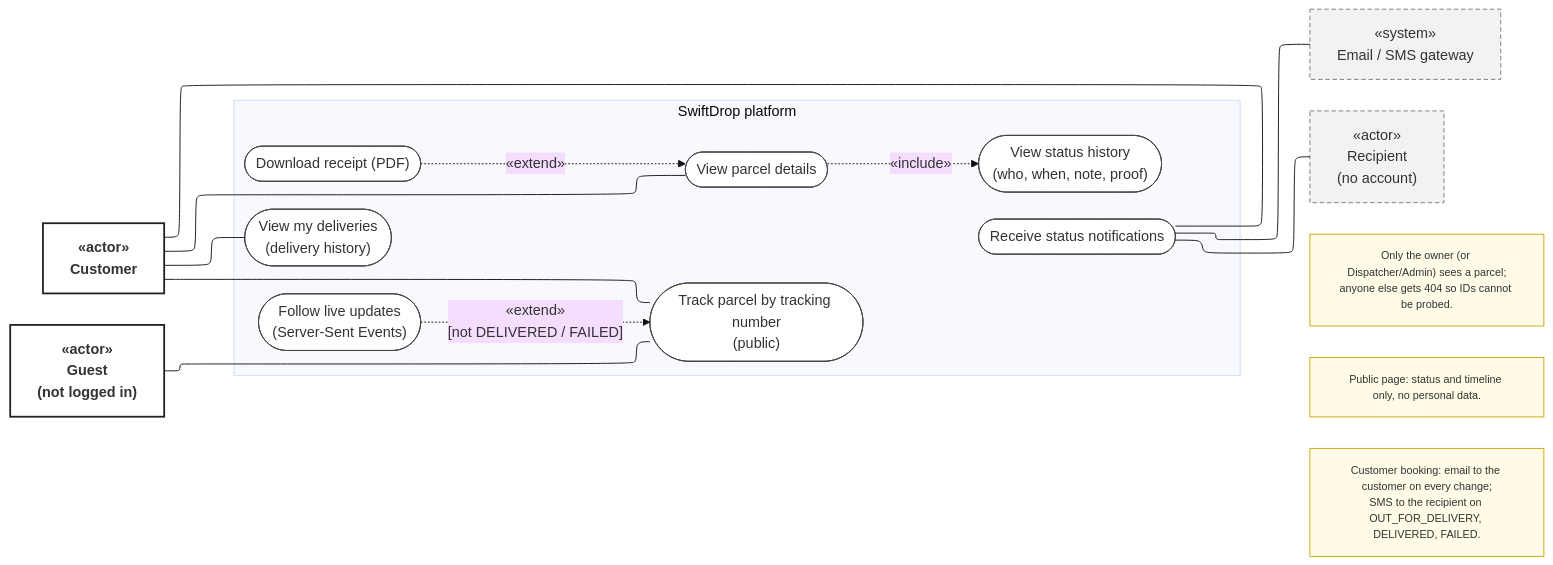
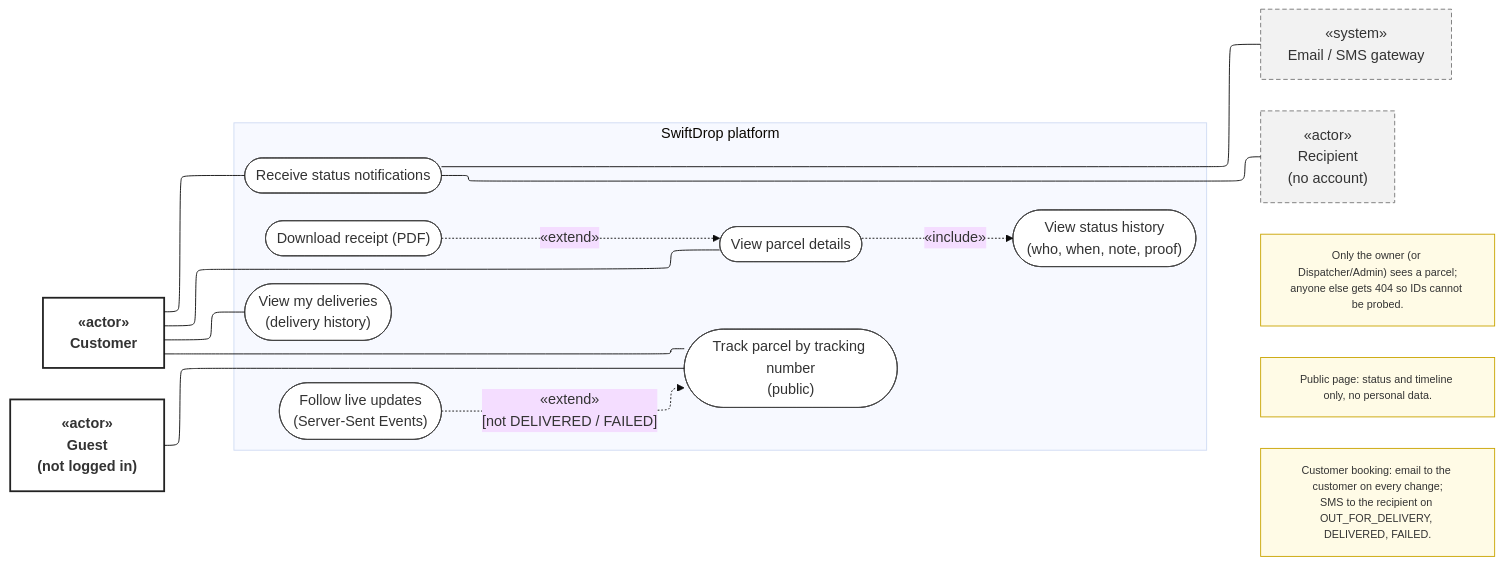
One commit to Sachintha-dilshan49/SwiftDrop changed the diagram in docs/diagrams/usecase/uc-customer-tracking.mmd. Above: the diagram before and after it, drawn with Mermaid (base theme). The commit also changed 11 other files, not shown here.

First line of the commit message:
docs(diagrams): fix layout of diagrams after a visual check

```diff
--- a/docs/diagrams/usecase/uc-customer-tracking.mmd
+++ b/docs/diagrams/usecase/uc-customer-tracking.mmd
@@ -1,46 +1,45 @@
 ---
 config:
   layout: elk
 ---
 %% Use case — Customer tracking, history and receipts
 %% Recreated from UC-03_customer_tracking.puml by Supuni (Role 7); original kept as ../UC-03_customer_tracking-original.*
 %% Fixes per docs/architecture.md v1.1 §6.3 and parcel-service design (Role 3): receipt is available for any own parcel
 %% (not only DELIVERED); another customer's parcel returns 404 (not 403); SMS only on 3 statuses and goes to the recipient
 flowchart LR
   classDef actor fill:#ffffff,stroke:#222,stroke-width:2px,font-weight:bold
   classDef ext fill:#f2f2f2,stroke:#777,stroke-dasharray:5 3
   classDef uc fill:#ffffff,stroke:#444
   classDef note fill:#fffbe6,stroke:#c9a400,font-size:12px
 
   Customer["«actor»<br/>Customer"]:::actor
   Guest["«actor»<br/>Guest<br/>(not logged in)"]:::actor
 
   subgraph SD["SwiftDrop platform"]
     direction TB
     C10(["View my deliveries<br/>(delivery history)"]):::uc
     C11(["View parcel details"]):::uc
     C11a(["View status history<br/>(who, when, note, proof)"]):::uc
     C13(["Download receipt (PDF)"]):::uc
     C14(["Track parcel by tracking number<br/>(public)"]):::uc
     C12(["Follow live updates<br/>(Server-Sent Events)"]):::uc
     C15(["Receive status notifications"]):::uc
   end
 
   Notify["«system»<br/>Email / SMS gateway"]:::ext
   Recipient["«actor»<br/>Recipient<br/>(no account)"]:::ext
 
-  Customer --- C10 & C11 & C14
+  Customer --- C10 & C11 & C14 & C15
   Guest --- C14
   C11 -. "«include»" .-> C11a
   C13 -. "«extend»" .-> C11
   C12 -. "«extend»<br/>[not DELIVERED / FAILED]" .-> C14
-  C15 --- Customer
   C15 --- Recipient
   C15 --- Notify
 
   N1["Only the owner (or Dispatcher/Admin) sees a parcel;<br/>anyone else gets 404 so IDs cannot be probed."]:::note
   N2["Public page: status and timeline only, no personal data."]:::note
   N3["Customer booking: email to the customer on every change;<br/>SMS to the recipient on OUT_FOR_DELIVERY, DELIVERED, FAILED."]:::note
   C11 ~~~ N1
   C14 ~~~ N2
   C15 ~~~ N3
```
